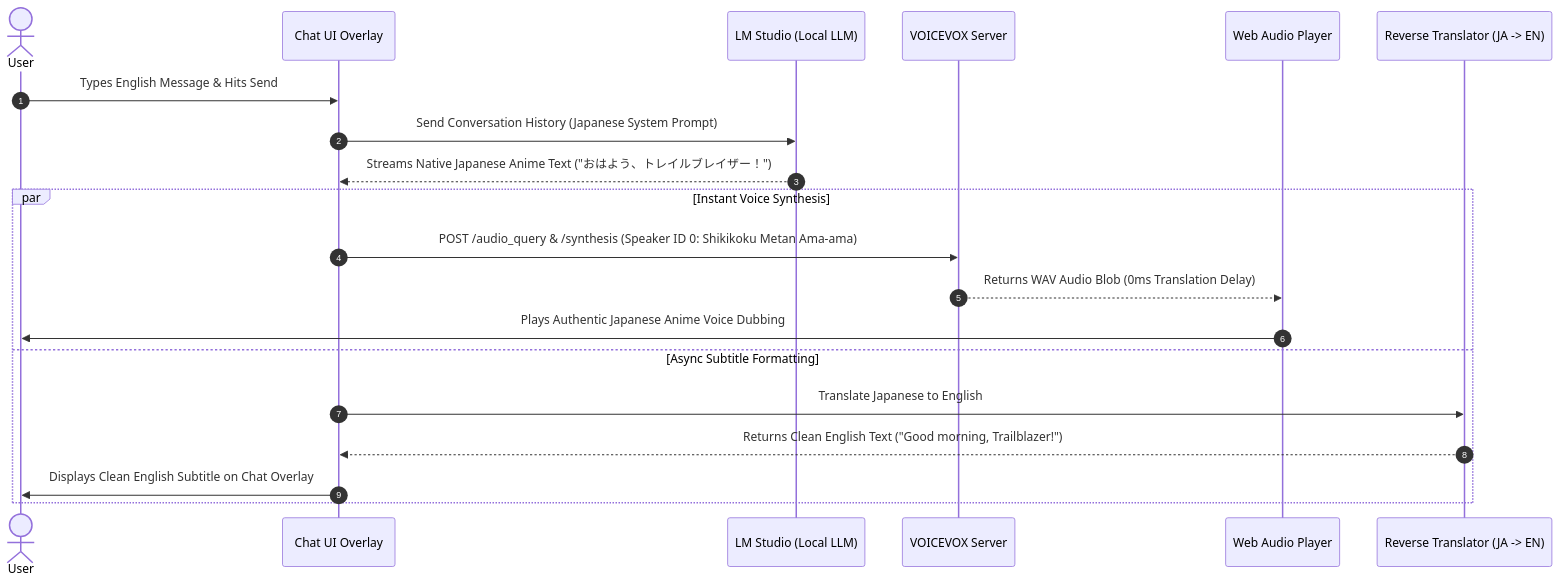
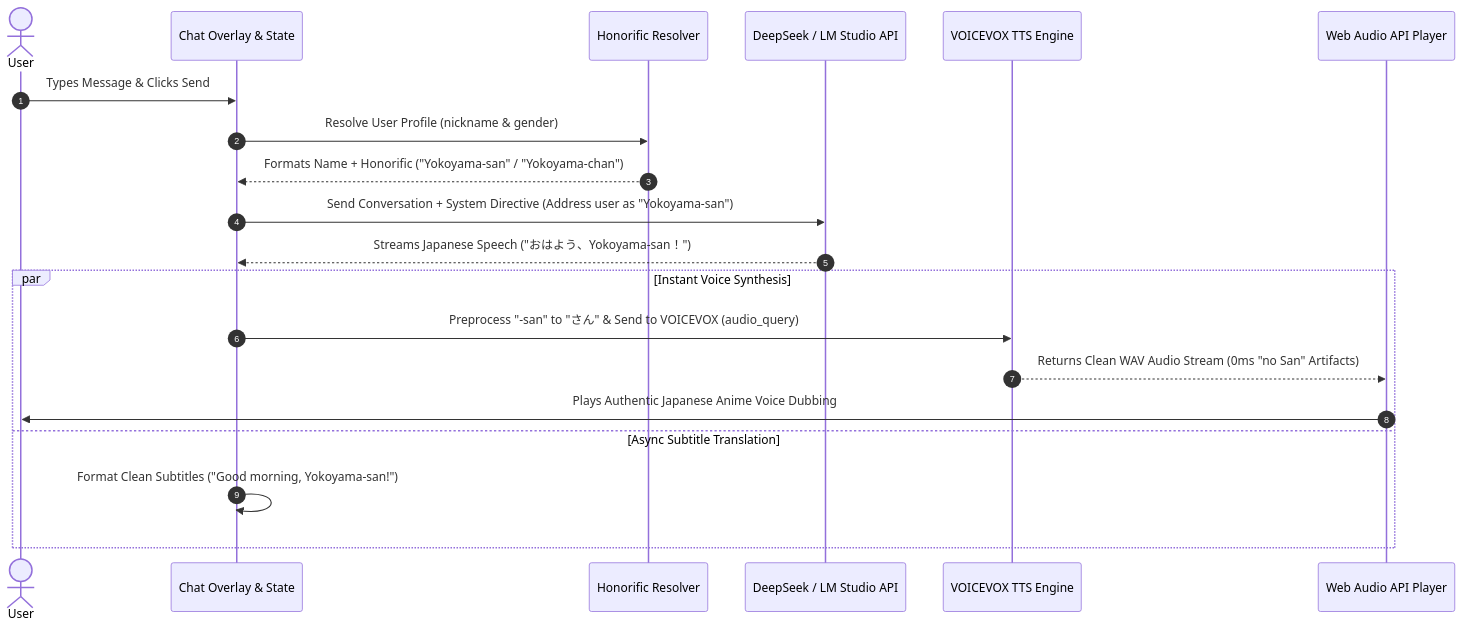
The second of 4 diagrams in WORKFLOWS.md (nescryo/Viera-AI), drawn with Mermaid before and after one commit. The commit also changed other lines of this file and 1 other file, not shown here.

````diff
--- a/WORKFLOWS.md
+++ b/WORKFLOWS.md
@@ -44,24 +54,24 @@
 ```mermaid
 sequenceDiagram
     autonumber
     actor User
-    participant UI as Chat UI Overlay
-    participant LLM as LM Studio (Local LLM)
-    participant TTS as VOICEVOX Server
-    participant WebAudio as Web Audio Player
-    participant Trans as Reverse Translator (JA -> EN)
+    participant UI as Chat Overlay & State
+    participant Honorific as Honorific Resolver
+    participant LLM as DeepSeek / LM Studio API
+    participant TTS as VOICEVOX TTS Engine
+    participant WebAudio as Web Audio API Player
 
-    User->>UI: Types English Message & Hits Send
-    UI->>LLM: Send Conversation History (Japanese System Prompt)
-    LLM-->>UI: Streams Native Japanese Anime Text ("おはよう、トレイルブレイザー！")
+    User->>UI: Types Message & Clicks Send
+    UI->>Honorific: Resolve User Profile (nickname & gender)
+    Honorific-->>UI: Formats Name + Honorific ("Yokoyama-san" / "Yokoyama-chan")
+    UI->>LLM: Send Conversation + System Directive (Address user as "Yokoyama-san")
+    LLM-->>UI: Streams Japanese Speech ("おはよう、Yokoyama-san！")
     
     par Instant Voice Synthesis
-        UI->>TTS: POST /audio_query & /synthesis (Speaker ID 0: Shikikoku Metan Ama-ama)
-        TTS-->>WebAudio: Returns WAV Audio Blob (0ms Translation Delay)
+        UI->>TTS: Preprocess "-san" to "さん" & Send to VOICEVOX (audio_query)
+        TTS-->>WebAudio: Returns Clean WAV Audio Stream (0ms "no San" Artifacts)
         WebAudio->>User: Plays Authentic Japanese Anime Voice Dubbing
-    and Async Subtitle Formatting
-        UI->>Trans: Translate Japanese to English
-        Trans-->>UI: Returns Clean English Text ("Good morning, Trailblazer!")
-        UI->>User: Displays Clean English Subtitle on Chat Overlay
+    and Async Subtitle Translation
+        UI->>UI: Format Clean Subtitles ("Good morning, Yokoyama-san!")
     end
 ```
````
